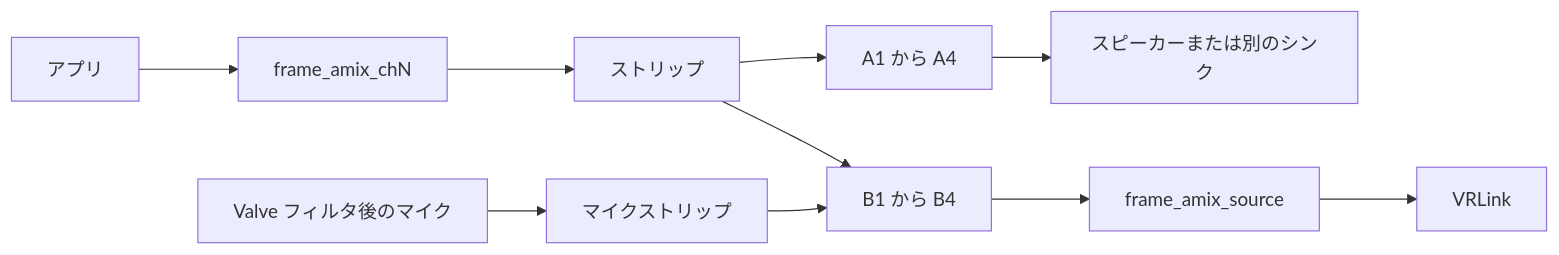
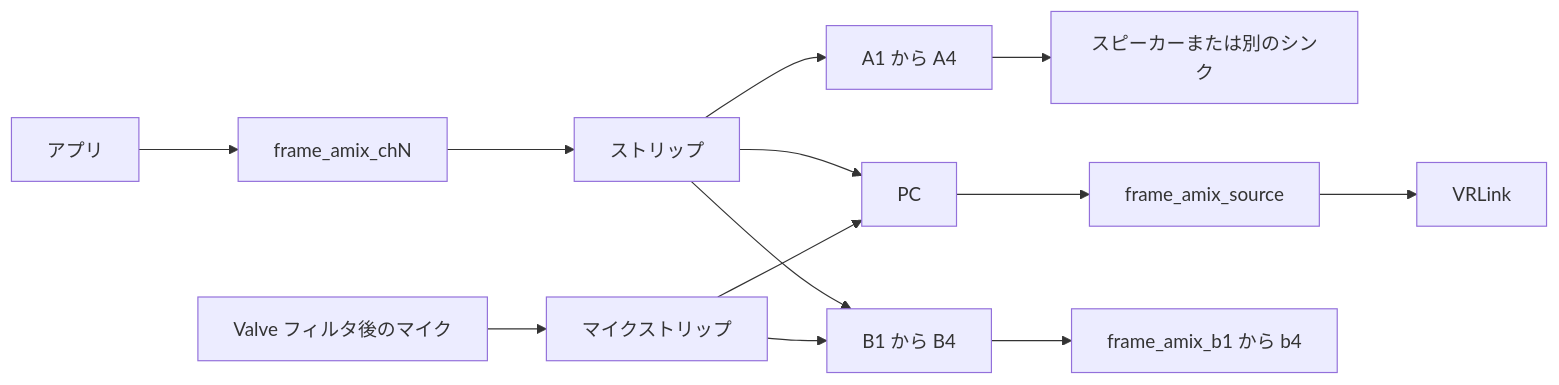
The diagram in docs/how-it-works.ja.md (marcus-universe/frame-audio-mixer), drawn with Mermaid before and after one commit. The commit also changed other lines of this file and 42 other files, not shown here.

````diff
--- a/docs/how-it-works.ja.md
+++ b/docs/how-it-works.ja.md
@@ -7,12 +7,15 @@
 ```mermaid
 flowchart LR
   appA[アプリ] --> chSink["frame_amix_chN"]
   micSrc["Valve フィルタ後のマイク"] --> micStrip["マイクストリップ"]
   chSink --> chStrip["ストリップ"]
   chStrip --> busA["A1 から A4"]
+  chStrip --> busPc["PC"]
   chStrip --> busB["B1 から B4"]
+  micStrip --> busPc
   micStrip --> busB
   busA --> speakers["スピーカーまたは別のシンク"]
-  busB --> frameMix["frame_amix_source"]
+  busPc --> frameMix["frame_amix_source"]
+  busB --> virtualMics["frame_amix_b1 から b4"]
   frameMix --> vrlink["VRLink"]
 ```
````
